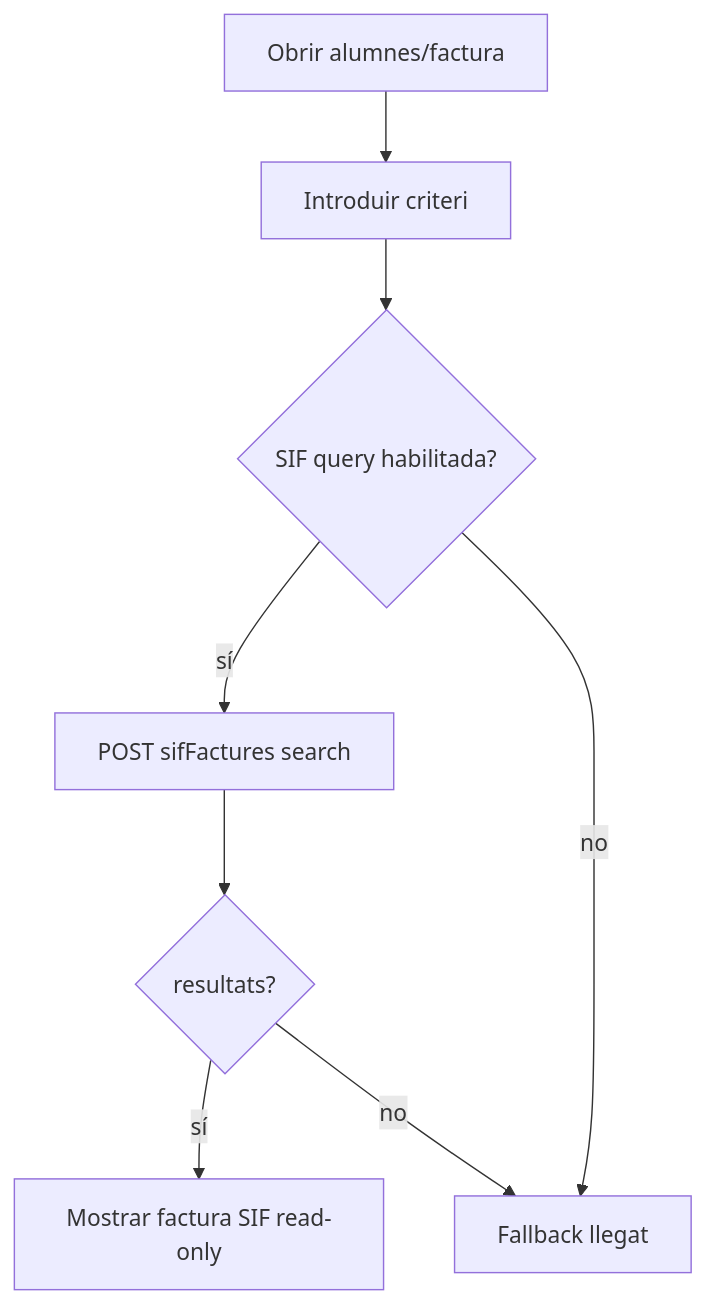
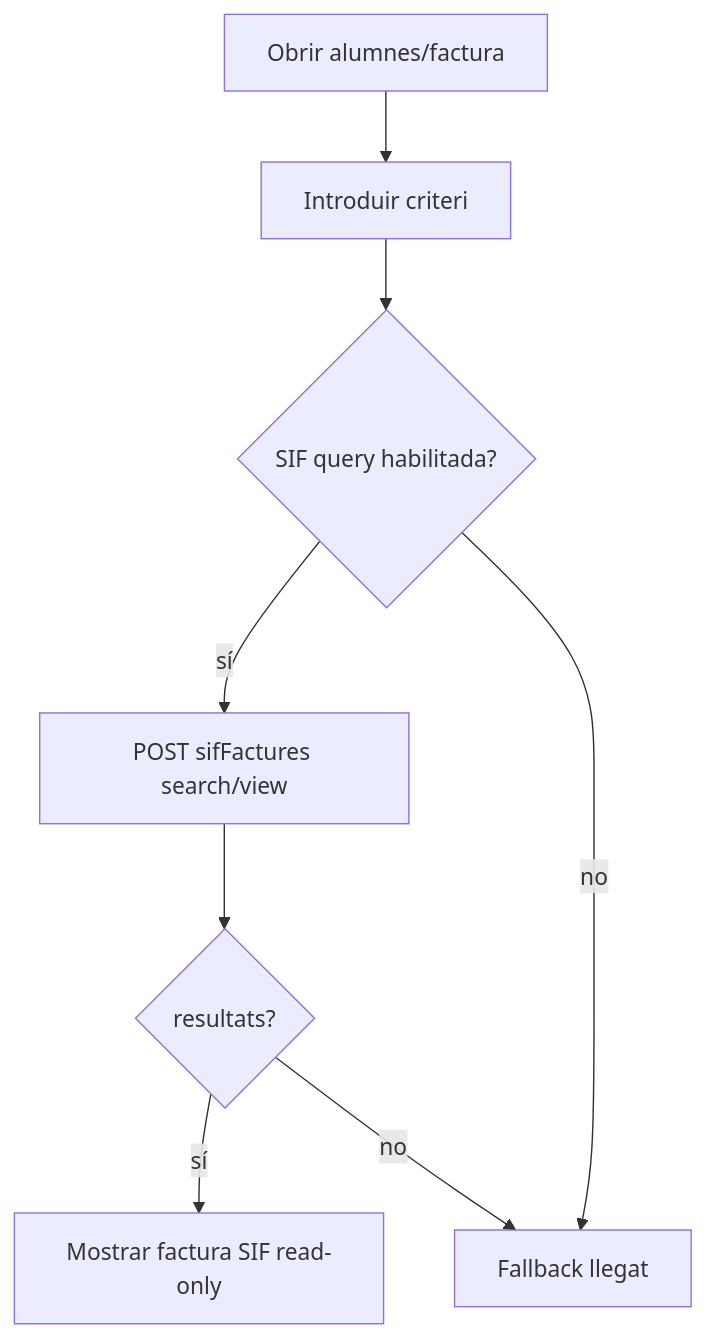
One commit to orgmeriemprismacat-del/verifactu changed the first of 13 diagrams in documentacio/07-uml-integrat/uc-005-activitats-pagines-actual-final.md. Above: the diagram before and after it, drawn with Mermaid. The commit also changed other lines of this file, not shown here.

````diff
--- a/documentacio/07-uml-integrat/uc-005-activitats-pagines-actual-final.md
+++ b/documentacio/07-uml-integrat/uc-005-activitats-pagines-actual-final.md
@@ -6,10 +8,10 @@
 ```mermaid
 flowchart TD
 A[Obrir alumnes/factura] --> B[Introduir criteri]
 B --> C{SIF query habilitada?}
-C -- sí --> D[POST sifFactures search]
+C -- sí --> D[POST sifFactures search/view]
 D --> E{resultats?}
 E -- sí --> F[Mostrar factura SIF read-only]
 E -- no --> G[Fallback llegat]
 C -- no --> G
 ```
````
